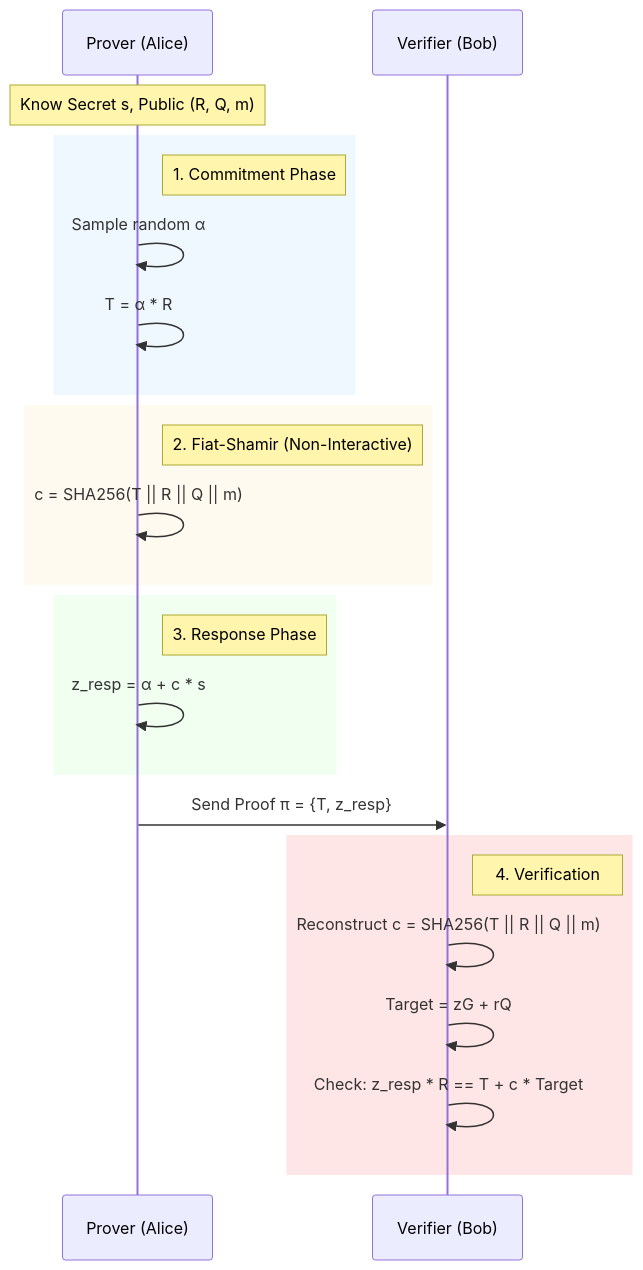
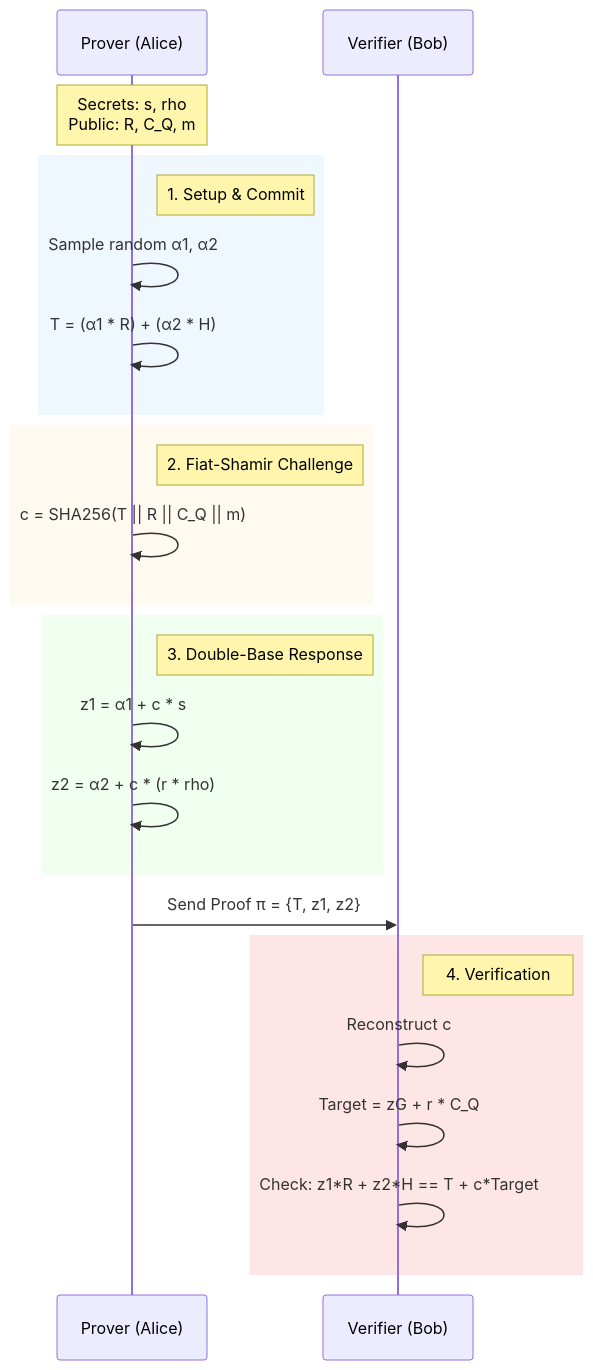
The diagram in README.md (Blitz2702/zk-ecdsa-attest), drawn with Mermaid before and after one commit. The commit also changed other lines of this file and 4 other files, not shown here.

````diff
--- a/README.md
+++ b/README.md
@@ -100,31 +79,32 @@
 ```mermaid
 sequenceDiagram
     participant P as Prover (Alice)
     participant V as Verifier (Bob)
-    Note over P: Know Secret s, Public (R, Q, m)
-    
+    Note over P: Secrets: s, rho<br/>Public: R, C_Q, m
+
     rect rgb(240, 248, 255)
-    note right of P: 1. Commitment Phase
-    P->>P: Sample random α
-    P->>P: T = α * R
+    note right of P: 1. Setup & Commit
+    P->>P: Sample random α1, α2
+    P->>P: T = (α1 * R) + (α2 * H)
     end
 
     rect rgb(255, 250, 240)
-    note right of P: 2. Fiat-Shamir (Non-Interactive)
-    P->>P: c = SHA256(T || R || Q || m)
+    note right of P: 2. Fiat-Shamir Challenge
+    P->>P: c = SHA256(T || R || C_Q || m)
     end
 
     rect rgb(240, 255, 240)
-    note right of P: 3. Response Phase
-    P->>P: z_resp = α + c * s
+    note right of P: 3. Double-Base Response
+    P->>P: z1 = α1 + c * s
+    P->>P: z2 = α2 + c * (r * rho)
     end
 
-    P->>V: Send Proof π = {T, z_resp}
+    P->>V: Send Proof π = {T, z1, z2}
 
     rect rgb(255, 230, 230)
     note right of V: 4. Verification
-    V->>V: Reconstruct c = SHA256(T || R || Q || m)
-    V->>V: Target = zG + rQ
-    V->>V: Check: z_resp * R == T + c * Target
+    V->>V: Reconstruct c
+    V->>V: Target = zG + r * C_Q
+    V->>V: Check: z1*R + z2*H == T + c*Target
     end
 ```
````
